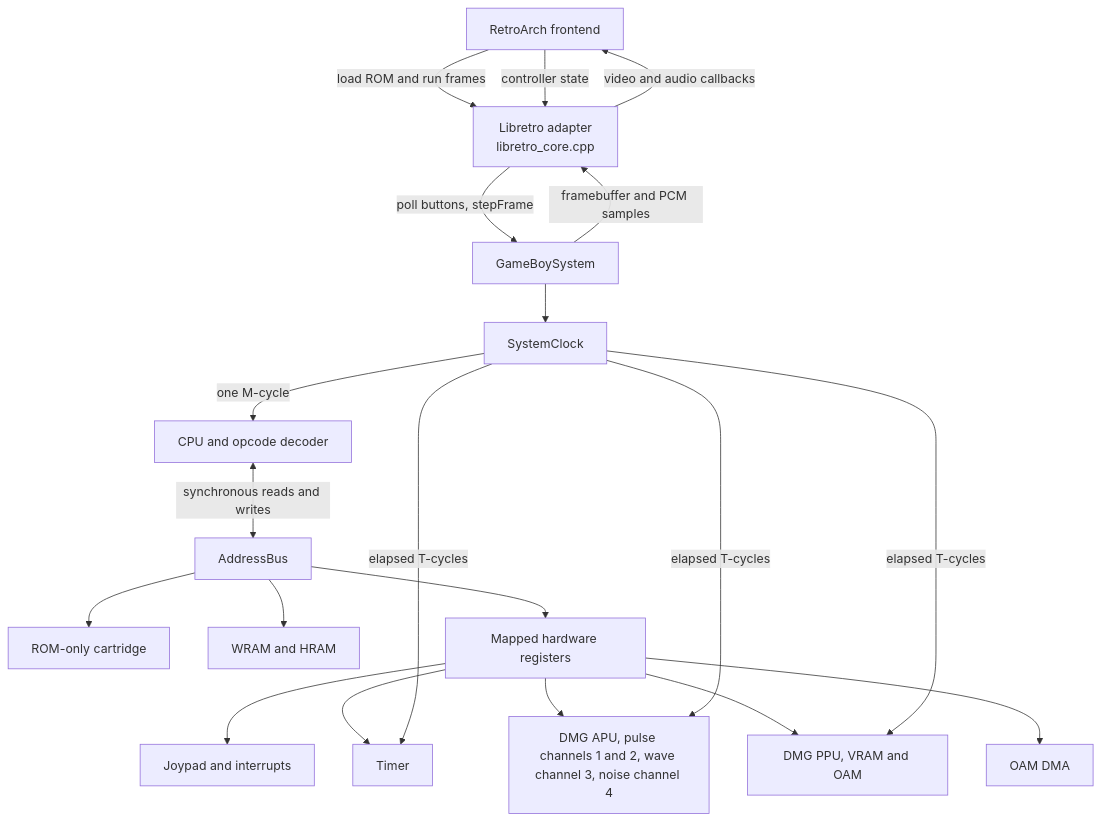
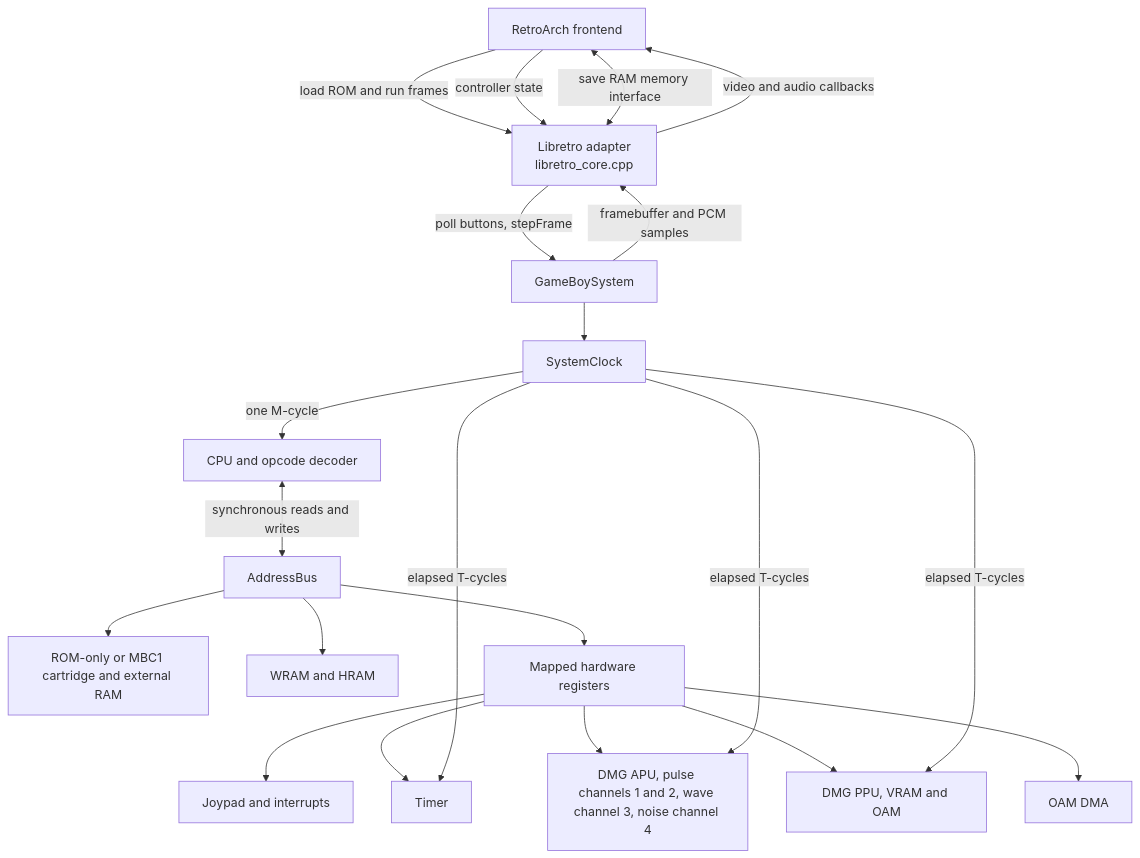
Before and after one commit to jiayeli-hualien/LotusGB: the diagram in docs/architecture.md, drawn with Mermaid. The commit also changed other lines of this file and 11 other files, not shown here.

Commit message:
Add MBC1 cartridge and SRAM support

````diff
--- a/docs/architecture.md
+++ b/docs/architecture.md
@@ -13,26 +13,27 @@
 ```mermaid
 flowchart TD
     RA[RetroArch frontend] -->|load ROM and run frames| LR[Libretro adapter<br/>libretro_core.cpp]
     RA -->|controller state| LR
     LR -->|poll buttons, stepFrame| SYS[GameBoySystem]
 
     SYS --> CLOCK[SystemClock]
     CLOCK -->|one M-cycle| CPU[CPU and opcode decoder]
     CPU <-->|synchronous reads and writes| BUS[AddressBus]
 
-    BUS --> CART[ROM-only cartridge]
+    BUS --> CART[ROM-only or MBC1 cartridge and external RAM]
     BUS --> RAM[WRAM and HRAM]
     BUS --> IO[Mapped hardware registers]
     IO --> JOY[Joypad and interrupts]
     IO --> TIMER[Timer]
     IO --> APU[DMG APU, pulse channels 1 and 2, wave channel 3, noise channel 4]
     IO --> PPU[DMG PPU, VRAM and OAM]
     IO --> DMA[OAM DMA]
 
     CLOCK -->|elapsed T-cycles| TIMER
     CLOCK -->|elapsed T-cycles| APU
     CLOCK -->|elapsed T-cycles| PPU
 
     SYS -->|framebuffer and PCM samples| LR
+    RA <-->|save RAM memory interface| LR
     LR -->|video and audio callbacks| RA
 ```
````
